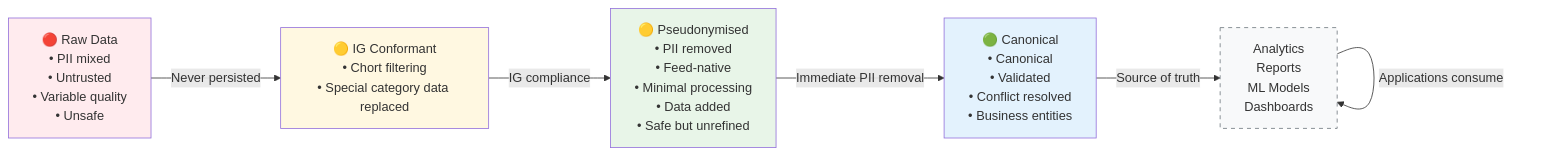
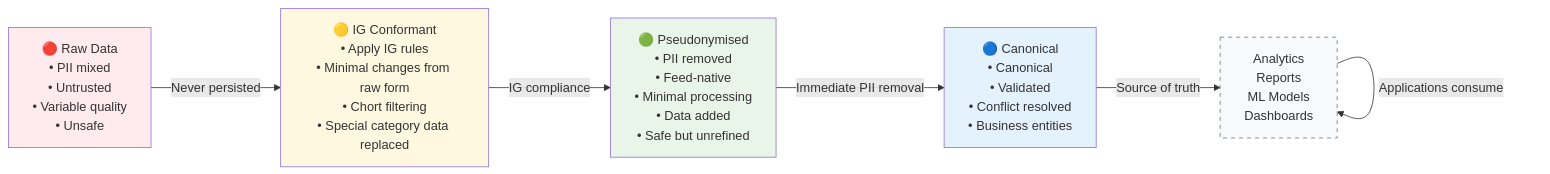
Before and after one commit to Somerset-LDP/Discovery: the diagram in README.md, drawn with Mermaid. The commit also changed 3 other files, not shown here.

````diff
--- a/README.md
+++ b/README.md
@@ -27,20 +27,20 @@
 ```mermaid
 flowchart LR
     A["🔴 Raw Data<br/>• PII mixed<br/>• Untrusted<br/>• Variable quality<br/>• Unsafe"] 
-    B["🟡 IG Conformant<br/>• Chort filtering<br/>• Special category data replaced"]    
-    C["🟡 Pseudonymised<br/>• PII removed<br/>• Feed-native<br/>• Minimal processing<br/>• Data added<br/>• Safe but unrefined"]
-    D["🟢 Canonical<br/>• Canonical<br/>• Validated<br/>• Conflict resolved<br/>• Business entities"]
-    E["🔵 Derived<br/>• Optimized<br/>• Aggregated<br/>• Performant<br/>• Consumer ready"]
+    B["🟡 IG Conformant<br/>• Apply IG rules<br/>• Minimal changes from raw form<br/>• Chort filtering<br/>• Special category data replaced"]    
+    C["🟢 Pseudonymised<br/>• PII removed<br/>• Feed-native<br/>• Minimal processing<br/>• Data added<br/>• Safe but unrefined"]
+    D["🔵 Canonical<br/>• Canonical<br/>• Validated<br/>• Conflict resolved<br/>• Business entities"]
+    E[" Derived<br/>• Optimized<br/>• Aggregated<br/>• Performant<br/>• Consumer ready"]
     
     A -->|"Never persisted"| B
     B -->|"IG compliance"| C    
     C -->|"Immediate PII removal"| D
     D -->|"Source of truth"| E
     E -->|"Applications consume"|E[Analytics<br/>Reports<br/>ML Models<br/>Dashboards]
     
     style A fill:#ffebee
     style B fill:#fff8e1
     style C fill:#e8f5e8
     style D fill:#e3f2fd
     style E fill:#f8f9fa,stroke:#6c757d,stroke-dasharray: 5 5
 ```
````
